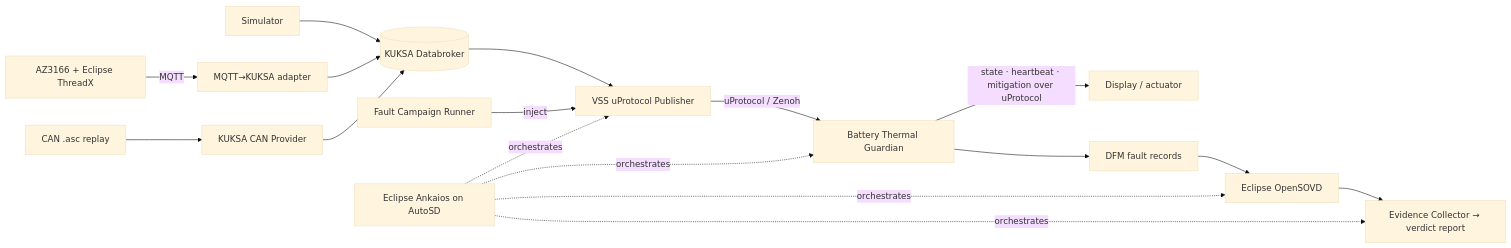
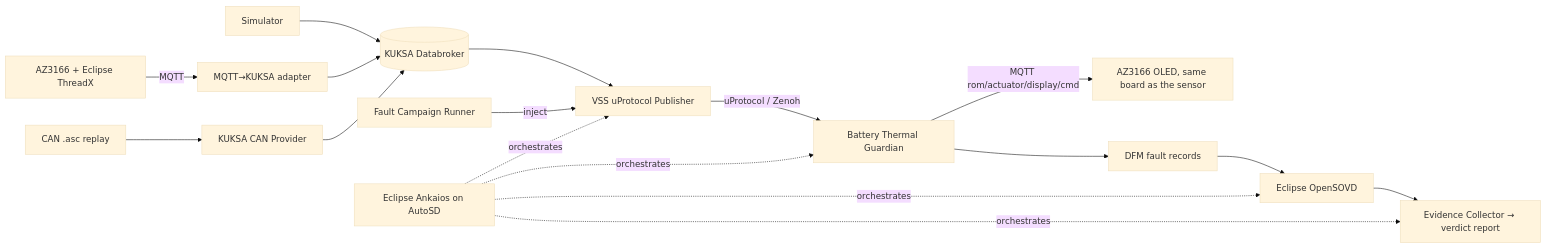
The diagram in ROADMAP.md (Eclipse-SDV-Hackathon-Chapter-Four/RoM), drawn with Mermaid (base theme) before and after one commit. The commit also changed other lines of this file, not shown here.

First line of the commit message:
docs: update hardware integration roadmap

````diff
--- a/ROADMAP.md
+++ b/ROADMAP.md
@@ -9,16 +13,16 @@
 ```mermaid
 flowchart LR
   HW[AZ3166 + Eclipse ThreadX] -->|MQTT| AD[MQTT→KUKSA adapter]
   ASC[CAN .asc replay] --> CANP[KUKSA CAN Provider]
   SIM[Simulator] --> KDB
   AD --> KDB[(KUKSA Databroker)]
   CANP --> KDB
   KDB --> PUB[VSS uProtocol Publisher]
   FI[Fault Campaign Runner] -->|inject| PUB
   PUB -->|uProtocol / Zenoh| G[Battery Thermal Guardian]
-  G -->|state · heartbeat · mitigation over uProtocol| DISP[Display / actuator]
+  G -->|MQTT rom/actuator/display/cmd| DISP[AZ3166 OLED, same board as the sensor]
   G --> DFM[DFM fault records]
   DFM --> SOVD[Eclipse OpenSOVD]
   SOVD --> EV[Evidence Collector → verdict report]
   ANK[Eclipse Ankaios on AutoSD] -. orchestrates .-> PUB & G & SOVD & EV
 ```
````
